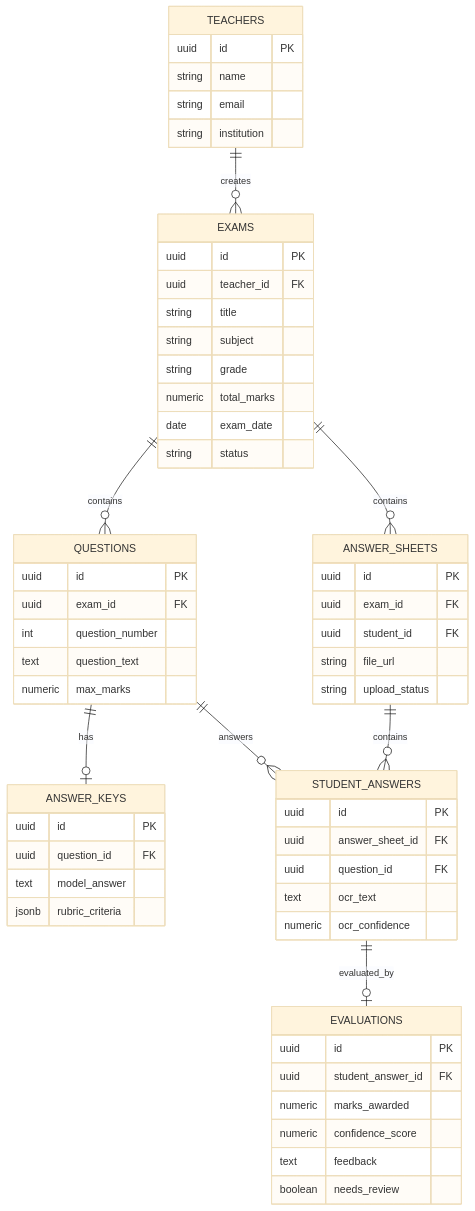
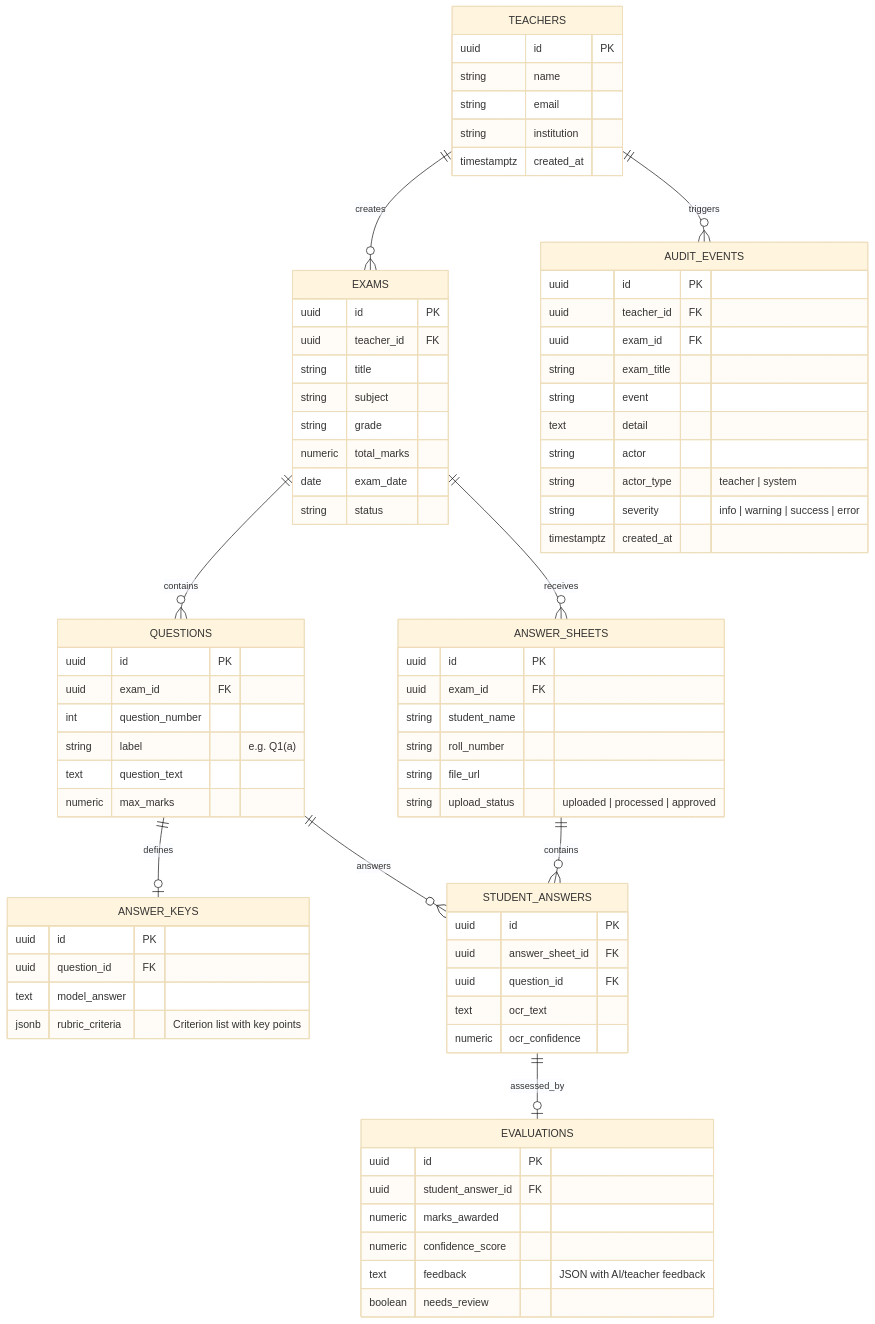
One commit to ArnavParmaj/SmartCheckAI changed the diagram in PROJECT_STRUCTURE.md. Above: the diagram before and after it, drawn with Mermaid (base theme). The commit also changed other lines of this file and 1 other file, not shown here.

Commit message:
docs: update progress report and project structure to reflect latest architecture, migrations, and setup

````diff
--- a/PROJECT_STRUCTURE.md
+++ b/PROJECT_STRUCTURE.md
@@ -223,19 +210,22 @@
 ```mermaid
 erDiagram
     TEACHERS ||--o{ EXAMS : creates
+    TEACHERS ||--o{ AUDIT_EVENTS : triggers
     EXAMS ||--o{ QUESTIONS : contains
-    QUESTIONS ||--o| ANSWER_KEYS : has
-    EXAMS ||--o{ ANSWER_SHEETS : contains
+    QUESTIONS ||--o| ANSWER_KEYS : defines
+    EXAMS ||--o{ ANSWER_SHEETS : receives
     ANSWER_SHEETS ||--o{ STUDENT_ANSWERS : contains
     QUESTIONS ||--o{ STUDENT_ANSWERS : answers
-    STUDENT_ANSWERS ||--o| EVALUATIONS : evaluated_by
+    STUDENT_ANSWERS ||--o| EVALUATIONS : assessed_by
 
     TEACHERS {
         uuid id PK
         string name
         string email
         string institution
+        timestamptz created_at
     }
+
     EXAMS {
         uuid id PK
         uuid teacher_id FK
@@ -246,26 +236,32 @@
         date exam_date
         string status
     }
+
     QUESTIONS {
         uuid id PK
         uuid exam_id FK
         int question_number
+        string label "e.g. Q1(a)"
         text question_text
         numeric max_marks
     }
+
     ANSWER_KEYS {
         uuid id PK
         uuid question_id FK
         text model_answer
-        jsonb rubric_criteria
+        jsonb rubric_criteria "Criterion list with key points"
     }
+
     ANSWER_SHEETS {
         uuid id PK
         uuid exam_id FK
-        uuid student_id FK
+        string student_name
+        string roll_number
         string file_url
-        string upload_status
+        string upload_status "uploaded | processed | approved"
     }
+
     STUDENT_ANSWERS {
         uuid id PK
         uuid answer_sheet_id FK
@@ -273,12 +269,26 @@
         text ocr_text
         numeric ocr_confidence
     }
+
     EVALUATIONS {
         uuid id PK
         uuid student_answer_id FK
         numeric marks_awarded
         numeric confidence_score
-        text feedback
+        text feedback "JSON with AI/teacher feedback"
         boolean needs_review
     }
+
+    AUDIT_EVENTS {
+        uuid id PK
+        uuid teacher_id FK
+        uuid exam_id FK
+        string exam_title
+        string event
+        text detail
+        string actor
+        string actor_type "teacher | system"
+        string severity "info | warning | success | error"
+        timestamptz created_at
+    }
 ```
````
